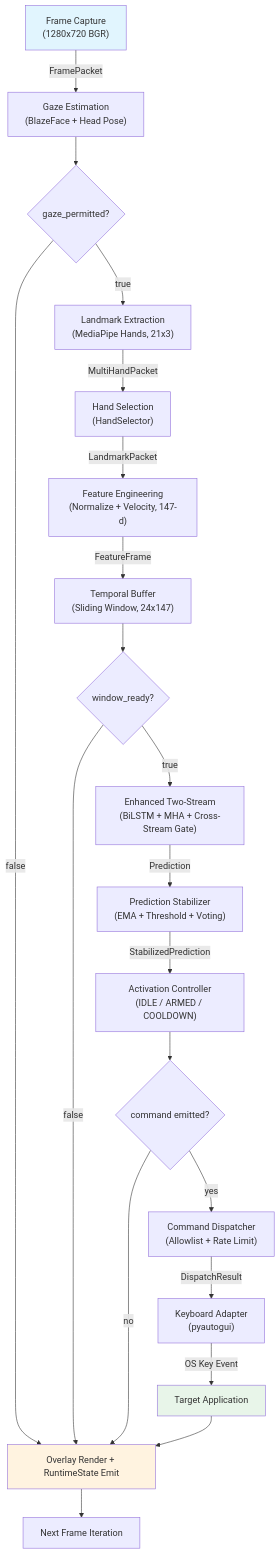
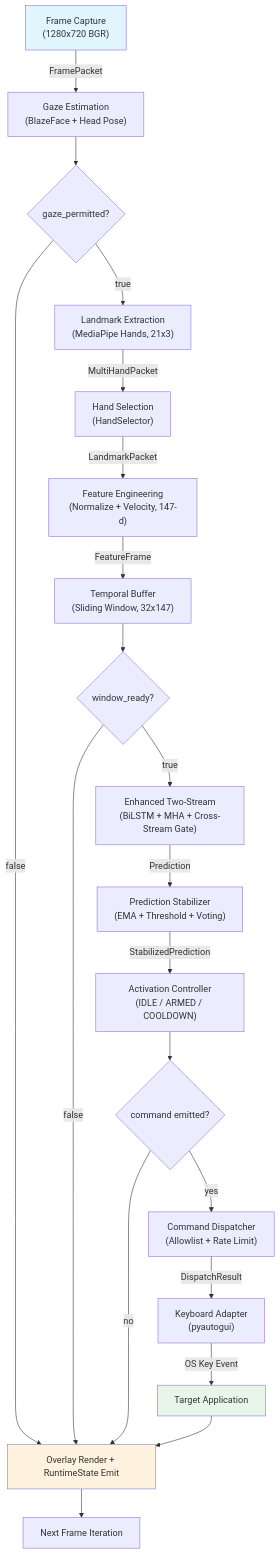
Before and after one commit to ntsrigaud/Maestro: the first of 2 diagrams in docs/architecture/data-flow.md, drawn with Mermaid. The commit also changed other lines of this file and 10 other files, not shown here.

First line of the commit message:
docs: align architecture documentations with latest system state

````diff
--- a/docs/architecture/data-flow.md
+++ b/docs/architecture/data-flow.md
@@ -9,26 +9,26 @@
 ```mermaid
 graph TD
     A["Frame Capture<br/>(1280x720 BGR)"] -->|FramePacket| B["Gaze Estimation<br/>(BlazeFace + Head Pose)"]
     B --> Gz{"gaze_permitted?"}
     Gz -->|false| O["Overlay Render + RuntimeState Emit"]
     Gz -->|true| C["Landmark Extraction<br/>(MediaPipe Hands, 21x3)"]
     C -->|MultiHandPacket| Cs["Hand Selection<br/>(HandSelector)"]
     Cs -->|LandmarkPacket| D["Feature Engineering<br/>(Normalize + Velocity, 147-d)"]
-    D -->|FeatureFrame| E["Temporal Buffer<br/>(Sliding Window, 24x147)"]
+    D -->|FeatureFrame| E["Temporal Buffer<br/>(Sliding Window, 32x147)"]
     E --> Wr{"window_ready?"}
     Wr -->|false| O
     Wr -->|true| F["Enhanced Two-Stream<br/>(BiLSTM + MHA + Cross-Stream Gate)"]
     F -->|Prediction| G["Prediction Stabilizer<br/>(EMA + Threshold + Voting)"]
     G -->|StabilizedPrediction| H["Activation Controller<br/>(IDLE / ARMED / COOLDOWN)"]
     H --> Cm{"command emitted?"}
     Cm -->|no| O
     Cm -->|yes| I["Command Dispatcher<br/>(Allowlist + Rate Limit)"]
     I -->|DispatchResult| J["Keyboard Adapter<br/>(pyautogui)"]
     J -->|OS Key Event| K["Target Application"]
     K --> O
     O --> N["Next Frame Iteration"]
 
     style A fill:#e1f5fe
     style K fill:#e8f5e9
     style O fill:#fff3e0
 ```
````
